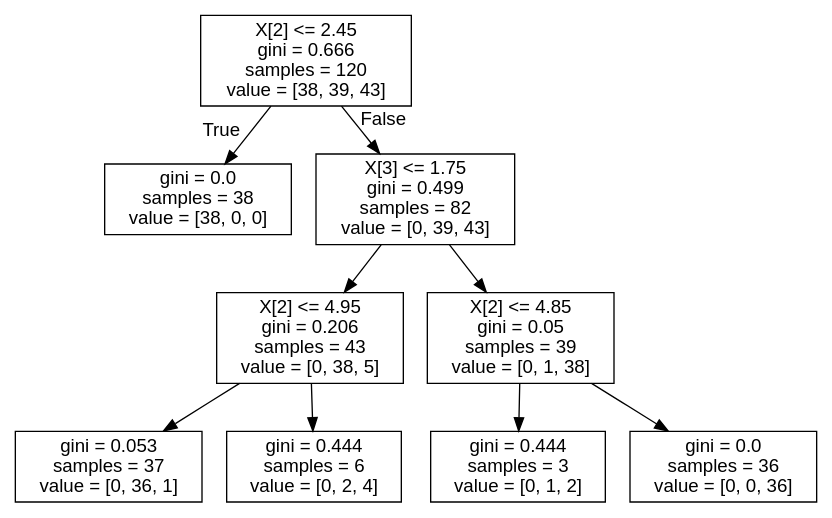
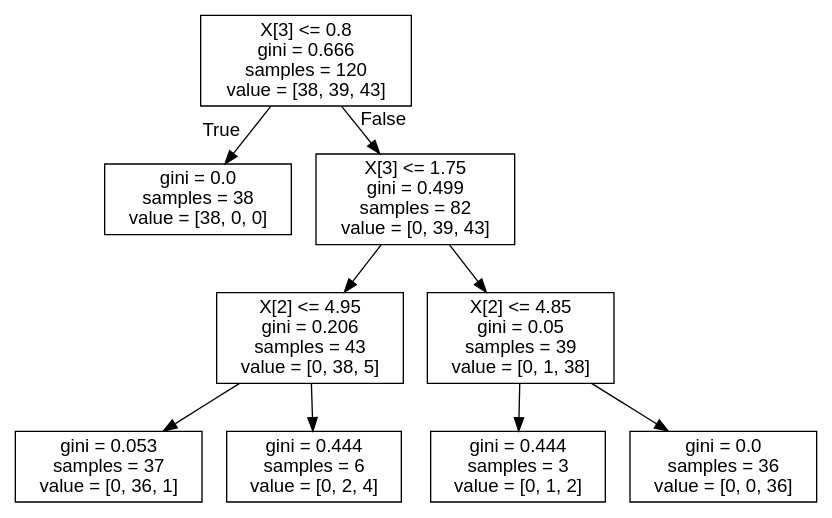
The diagram in 05_ScikitLearning/03_Output/tree.dot (DinoDinner/04_Python), drawn with Graphviz before and after one commit. The commit also changed 6 other files, not shown here.

```diff
--- a/05_ScikitLearning/03_Output/tree.dot
+++ b/05_ScikitLearning/03_Output/tree.dot
@@ -1,21 +1,21 @@
 digraph Tree {
 node [shape=box, fontname="helvetica"] ;
 edge [fontname="helvetica"] ;
-0 [label="X[2] <= 2.45\ngini = 0.666\nsamples = 120\nvalue = [38, 39, 43]"] ;
+0 [label="X[3] <= 0.8\ngini = 0.666\nsamples = 120\nvalue = [38, 39, 43]"] ;
 1 [label="gini = 0.0\nsamples = 38\nvalue = [38, 0, 0]"] ;
 0 -> 1 [labeldistance=2.5, labelangle=45, headlabel="True"] ;
 2 [label="X[3] <= 1.75\ngini = 0.499\nsamples = 82\nvalue = [0, 39, 43]"] ;
 0 -> 2 [labeldistance=2.5, labelangle=-45, headlabel="False"] ;
 3 [label="X[2] <= 4.95\ngini = 0.206\nsamples = 43\nvalue = [0, 38, 5]"] ;
 2 -> 3 ;
 4 [label="gini = 0.053\nsamples = 37\nvalue = [0, 36, 1]"] ;
 3 -> 4 ;
 5 [label="gini = 0.444\nsamples = 6\nvalue = [0, 2, 4]"] ;
 3 -> 5 ;
 6 [label="X[2] <= 4.85\ngini = 0.05\nsamples = 39\nvalue = [0, 1, 38]"] ;
 2 -> 6 ;
 7 [label="gini = 0.444\nsamples = 3\nvalue = [0, 1, 2]"] ;
 6 -> 7 ;
 8 [label="gini = 0.0\nsamples = 36\nvalue = [0, 0, 36]"] ;
 6 -> 8 ;
 }
```
